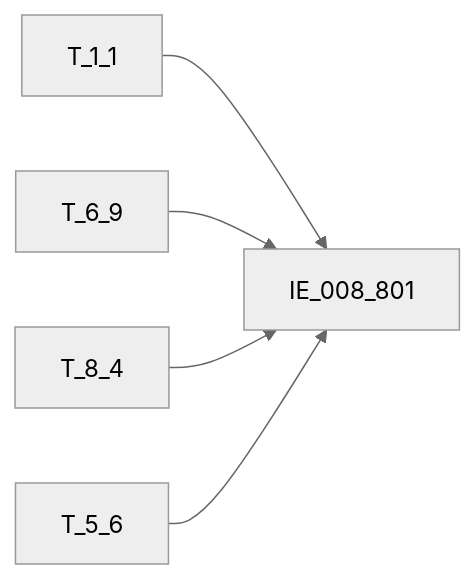
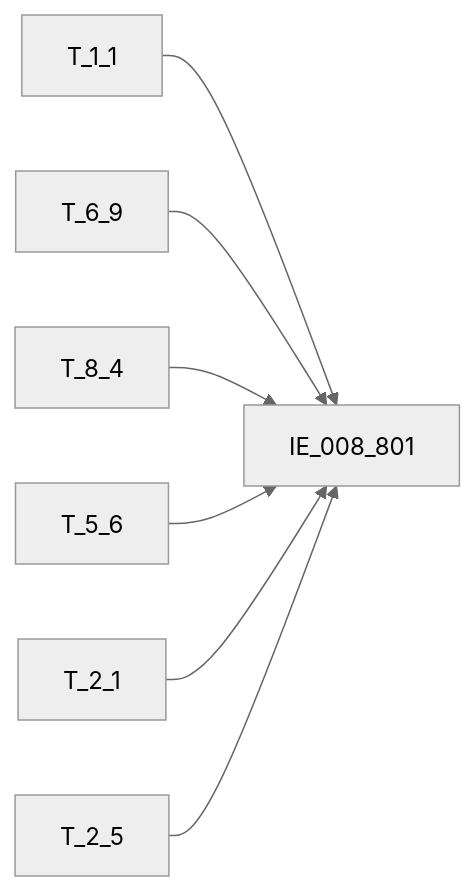
One commit to zhoujk1989-arch/Obsidian changed the diagram in regulatory-data-lab/知识库/血缘/EAST5.0系统/血缘-IE_008_801-信用卡信息表-EAST5.0系统.md. Above: the diagram before and after it, drawn with Mermaid (neutral theme). The commit also changed other lines of this file and 93 other files, not shown here.

````diff
--- a/regulatory-data-lab/知识库/血缘/EAST5.0系统/血缘-IE_008_801-信用卡信息表-EAST5.0系统.md
+++ b/regulatory-data-lab/知识库/血缘/EAST5.0系统/血缘-IE_008_801-信用卡信息表-EAST5.0系统.md
@@ -115,7 +122,9 @@
 ```mermaid
 flowchart LR
     S1["T_1_1"] --> T["IE_008_801"]
     S2["T_6_9"] --> T["IE_008_801"]
     S3["T_8_4"] --> T["IE_008_801"]
     S4["T_5_6"] --> T["IE_008_801"]
+    S5["T_2_1"] --> T["IE_008_801"]
+    S6["T_2_5"] --> T["IE_008_801"]
 ```
````
